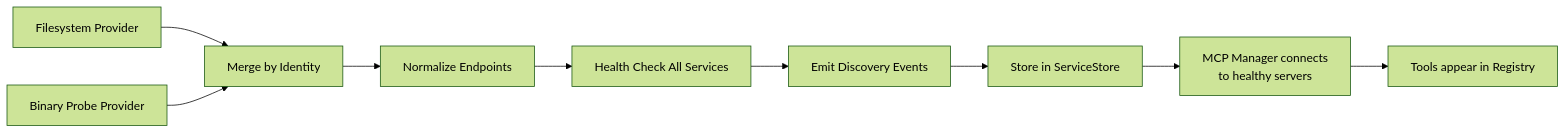
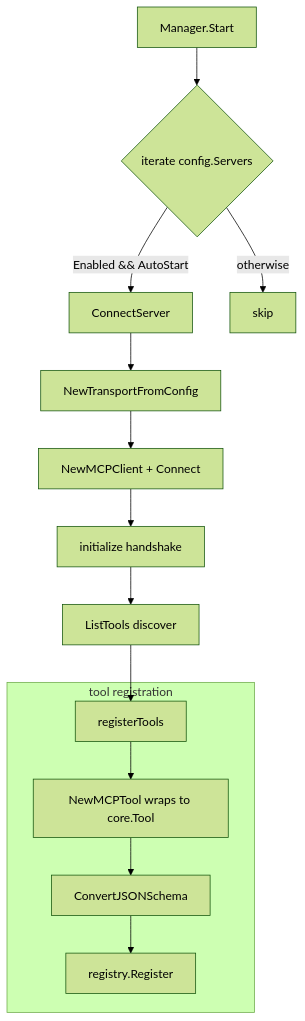
The third of 4 diagrams in docs/articles/en/15-mcp-integration-deep-dive.md (Timwood0x10/ARES), drawn with Mermaid (forest theme) before and after one commit. The commit also changed other lines of this file and 2423 other files, not shown here.

````diff
--- a/docs/articles/en/15-mcp-integration-deep-dive.md
+++ b/docs/articles/en/15-mcp-integration-deep-dive.md
@@ -258,11 +332,16 @@
 ```mermaid
-graph LR
-    A[Filesystem Provider] --> D[Merge by Identity]
-    B[Binary Probe Provider] --> D
-    D --> E[Normalize Endpoints]
-    E --> F[Health Check All Services]
-    F --> G[Emit Discovery Events]
-    G --> H[Store in ServiceStore]
-    H --> I[MCP Manager connects<br>to healthy servers]
-    I --> J[Tools appear in Registry]
+graph TB
+    START[Manager.Start] --> LOOP{iterate config.Servers}
+    LOOP -->|Enabled && AutoStart| CONN[ConnectServer]
+    LOOP -->|otherwise| SKIP[skip]
+    CONN --> TRANSPORT[NewTransportFromConfig]
+    TRANSPORT --> CLIENT[NewMCPClient + Connect]
+    CLIENT --> HANDSHAKE[initialize handshake]
+    HANDSHAKE --> LISTTOOLS[ListTools discover]
+    LISTTOOLS --> REGISTER[registerTools]
+    subgraph "tool registration"
+        REGISTER --> WRAP[NewMCPTool wraps to core.Tool]
+        WRAP --> SCHEMA[ConvertJSONSchema]
+        SCHEMA --> REG[registry.Register]
+    end
 ```
````
